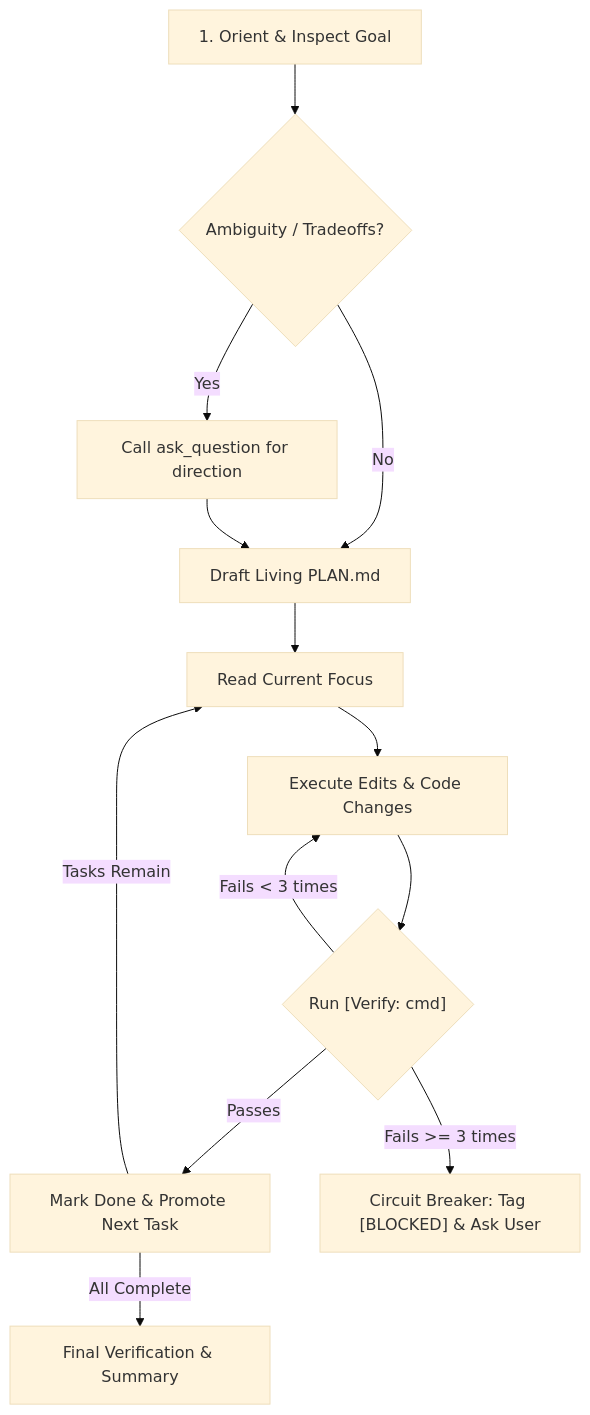
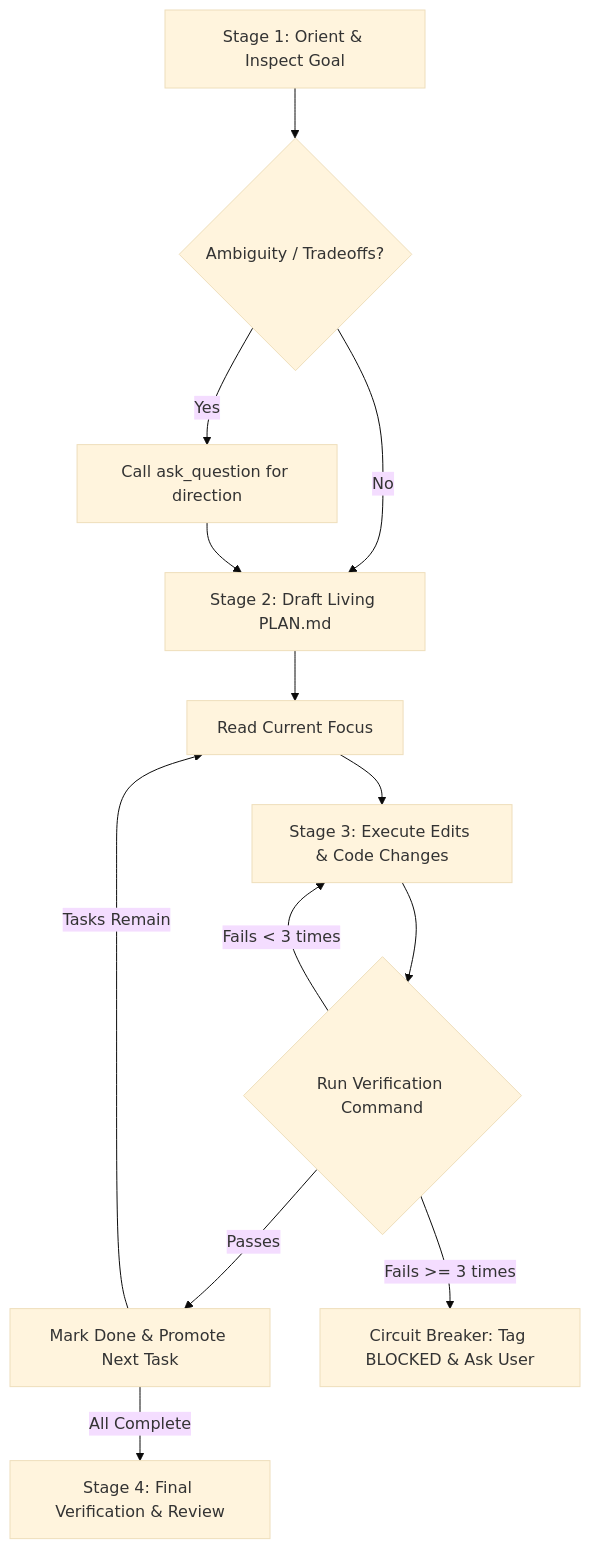
One commit to skygrip/dotfiles changed the diagram in pi-agent/Pi_Config/agent/skills/plan-execute/SKILL.md. Above: the diagram before and after it, drawn with Mermaid (base theme). The commit also changed other lines of this file and 23 other files, not shown here.

````diff
--- a/pi-agent/Pi_Config/agent/skills/plan-execute/SKILL.md
+++ b/pi-agent/Pi_Config/agent/skills/plan-execute/SKILL.md
@@ -56,15 +14,15 @@
 ```mermaid
 flowchart TD
-    A["1. Orient & Inspect Goal"] --> B{"Ambiguity / Tradeoffs?"}
+    A["Stage 1: Orient & Inspect Goal"] --> B{"Ambiguity / Tradeoffs?"}
     B -->|Yes| C["Call ask_question for direction"]
-    B -->|No| D["Draft Living PLAN.md"]
+    B -->|No| D["Stage 2: Draft Living PLAN.md"]
     C --> D
     D --> E["Read Current Focus"]
-    E --> F["Execute Edits & Code Changes"]
-    F --> G{"Run [Verify: cmd]"}
-    G -->|Passes| H["Mark Done & Promote Next Task"]
-    H -->|Tasks Remain| E
-    H -->|All Complete| I["Final Verification & Summary"]
-    G -->|Fails < 3 times| F
-    G -->|Fails >= 3 times| J["Circuit Breaker: Tag [BLOCKED] & Ask User"]
+    E --> F["Stage 3: Execute Edits & Code Changes"]
+    F --> G{"Run Verification Command"}
+    G -->|"Passes"| H["Mark Done & Promote Next Task"]
+    H -->|"Tasks Remain"| E
+    H -->|"All Complete"| I["Stage 4: Final Verification & Review"]
+    G -->|"Fails < 3 times"| F
+    G -->|"Fails >= 3 times"| J["Circuit Breaker: Tag BLOCKED & Ask User"]
 ```
````
